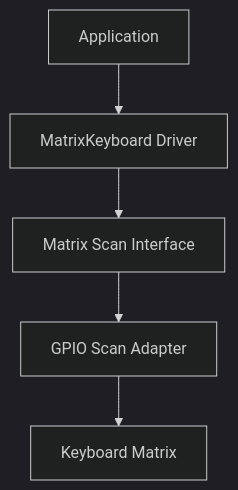
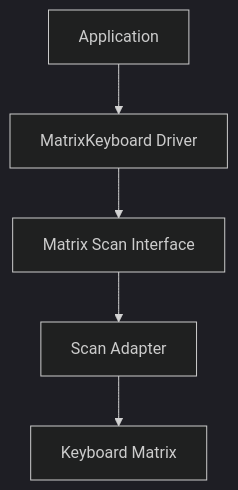
One commit to JP-REY/STM32F103C8T6-Based-Electronic-Lock changed the first of 6 diagrams in Libs/Components/MatrixKeyboard/README.md. Above: the diagram before and after it, drawn with Mermaid (dark theme). The commit also changed other lines of this file and 4 other files, not shown here.

````diff
--- a/Libs/Components/MatrixKeyboard/README.md
+++ b/Libs/Components/MatrixKeyboard/README.md
@@ -35,21 +36,21 @@
 ```mermaid
 flowchart TD
 
     APP["Application"]
 
     DRIVER["MatrixKeyboard Driver"]
 
     SCAN["Matrix Scan Interface"]
 
-    ADAPTER["GPIO Scan Adapter"]
+    ADAPTER["Scan Adapter"]
 
     HW["Keyboard Matrix"]
 
     APP --> DRIVER
 
     DRIVER --> SCAN
 
     SCAN --> ADAPTER
 
     ADAPTER --> HW
 ```
````
